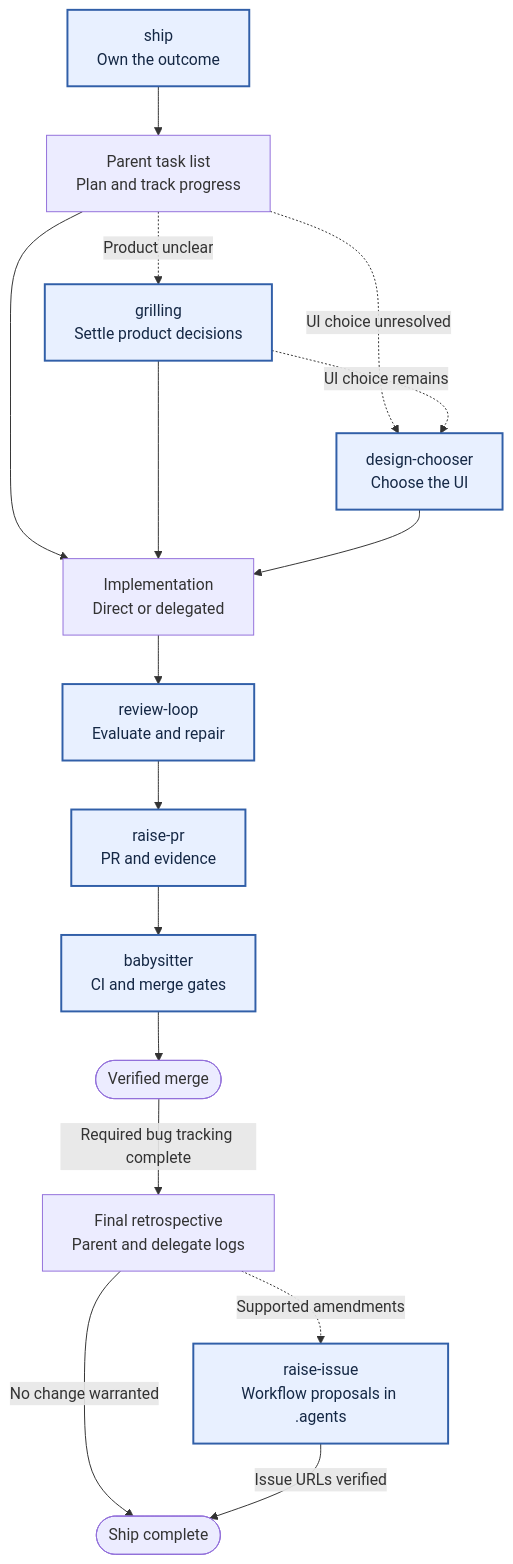
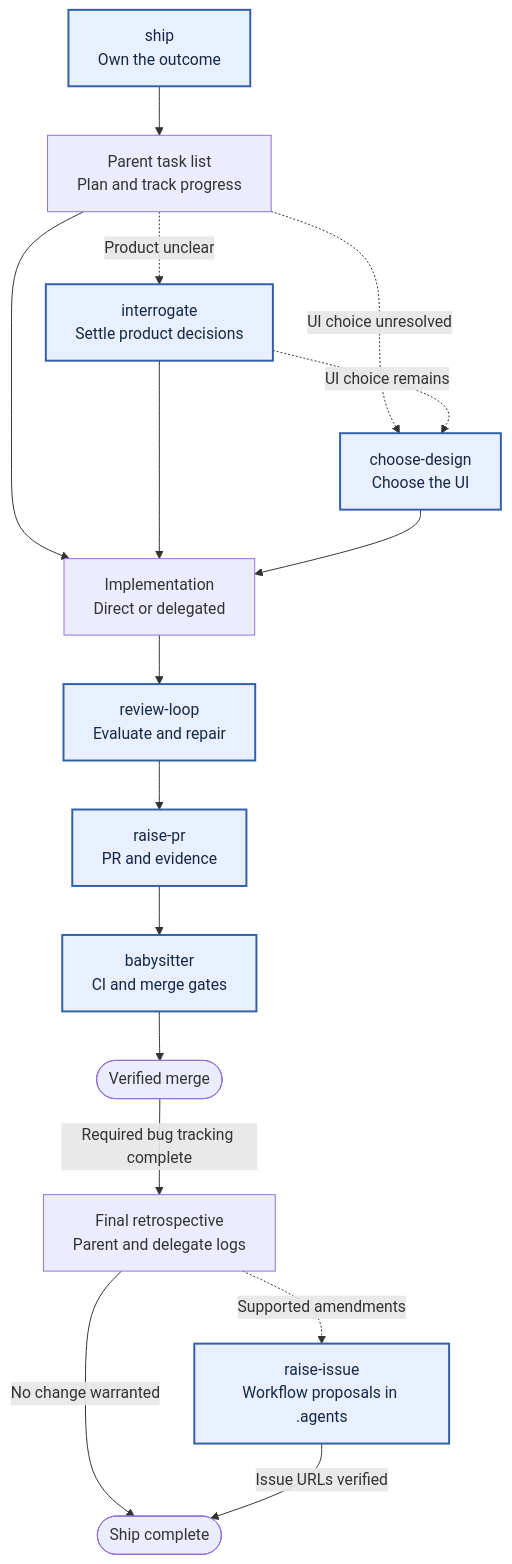
One commit to seankoji-com/.agents changed the first of 3 diagrams in README.md. Above: the diagram before and after it, drawn with Mermaid. The commit also changed other lines of this file and 17 other files, not shown here.

````diff
--- a/README.md
+++ b/README.md
@@ -257,32 +265,32 @@
 ```mermaid
 flowchart TD
     classDef skill fill:#e8f0ff,stroke:#315fa8,color:#152845,stroke-width:2px
     ship["ship<br/>Own the outcome"]:::skill
     plan["Parent task list<br/>Plan and track progress"]
-    grilling["grilling<br/>Settle product decisions"]:::skill
-    design["design-chooser<br/>Choose the UI"]:::skill
+    interrogate["interrogate<br/>Settle product decisions"]:::skill
+    design["choose-design<br/>Choose the UI"]:::skill
     implementation["Implementation<br/>Direct or delegated"]
     review_loop["review-loop<br/>Evaluate and repair"]:::skill
     raise_pr["raise-pr<br/>PR and evidence"]:::skill
     babysitter["babysitter<br/>CI and merge gates"]:::skill
     merge(["Verified merge"])
     retrospective["Final retrospective<br/>Parent and delegate logs"]
     proposals["raise-issue<br/>Workflow proposals in .agents"]:::skill
     finished(["Ship complete"])
 
     ship --> plan
-    plan -. "Product unclear" .-> grilling
+    plan -. "Product unclear" .-> interrogate
     plan -. "UI choice unresolved" .-> design
-    grilling -. "UI choice remains" .-> design
+    interrogate -. "UI choice remains" .-> design
     plan --> implementation
-    grilling --> implementation
+    interrogate --> implementation
     design --> implementation
     implementation --> review_loop
     review_loop --> raise_pr
     raise_pr --> babysitter
     babysitter --> merge
     merge -->|"Required bug tracking complete"| retrospective
     retrospective -. "Supported amendments" .-> proposals
     retrospective -->|"No change warranted"| finished
     proposals -->|"Issue URLs verified"| finished
 ```
````
